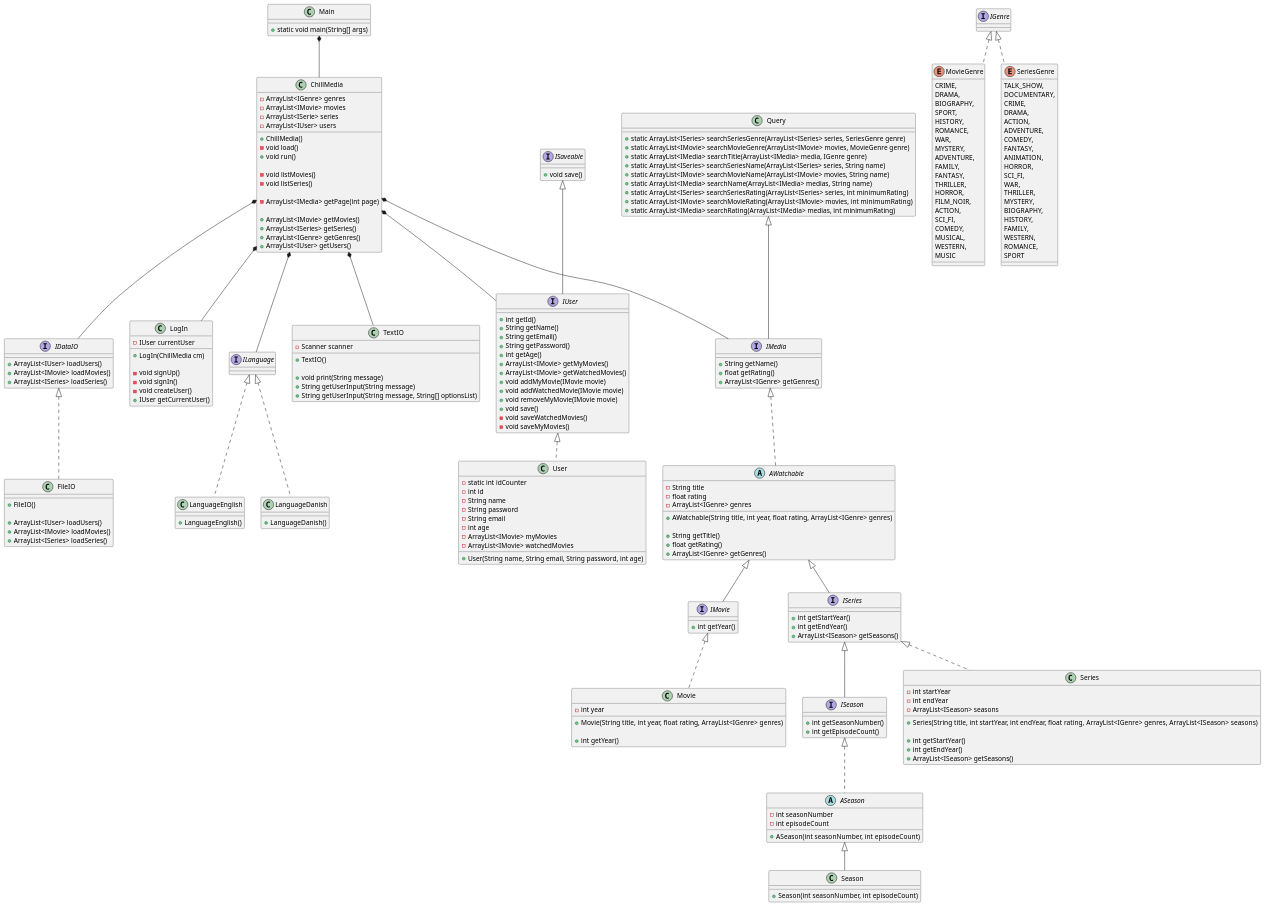
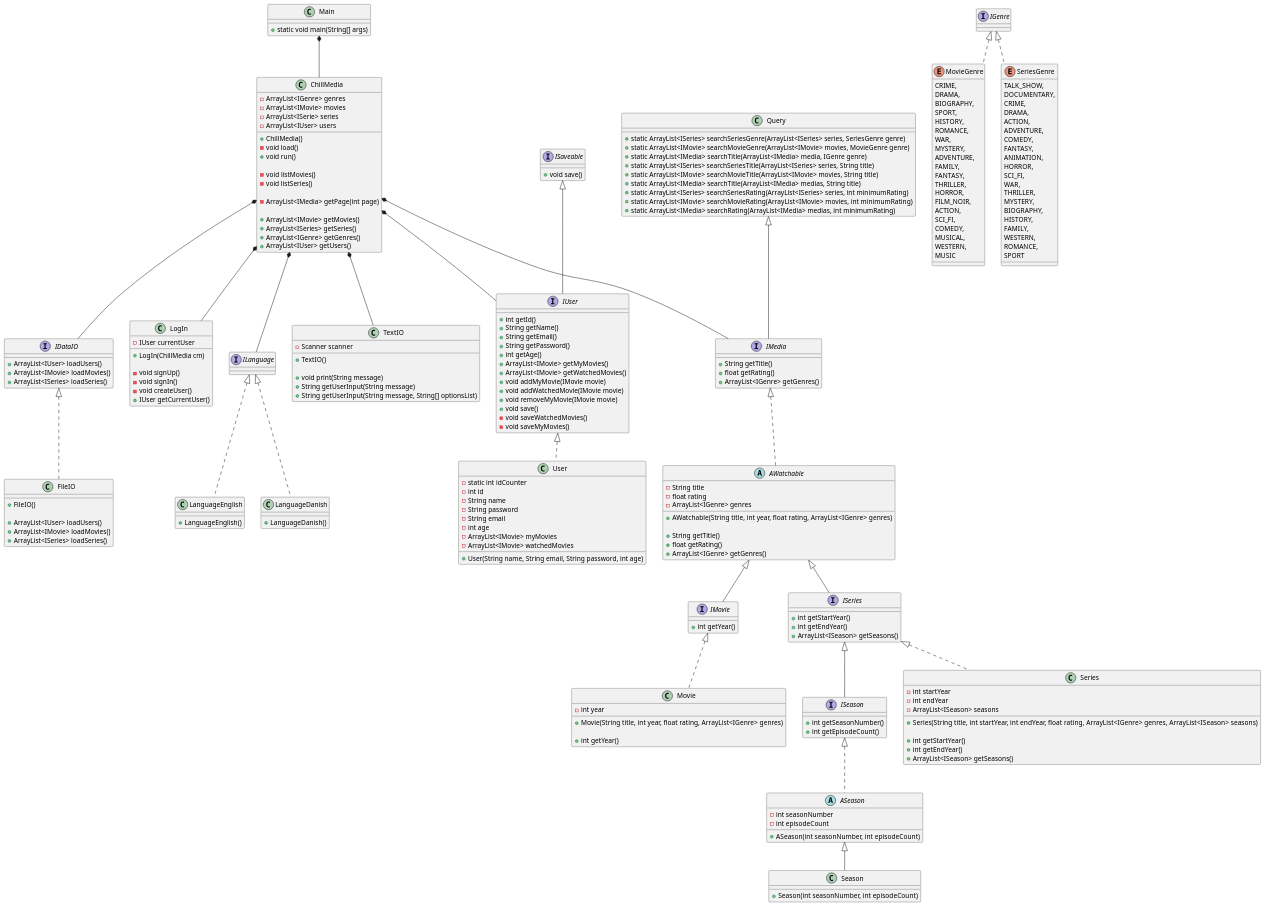
Before and after one commit to Peter537/Dat1-SP3: the diagram in Documentation/Streamingtjeneste.puml, drawn with PlantUML.

Commit message:
name -> title

```diff
--- a/Documentation/Streamingtjeneste.puml
+++ b/Documentation/Streamingtjeneste.puml
@@ -47,9 +47,9 @@
     + static ArrayList<ISeries> searchSeriesGenre(ArrayList<ISeries> series, SeriesGenre genre)
     + static ArrayList<IMovie> searchMovieGenre(ArrayList<IMovie> movies, MovieGenre genre)
     + static ArrayList<IMedia> searchTitle(ArrayList<IMedia> media, IGenre genre)
-    + static ArrayList<ISeries> searchSeriesName(ArrayList<ISeries> series, String name)
-    + static ArrayList<IMovie> searchMovieName(ArrayList<IMovie> movies, String name)
-    + static ArrayList<IMedia> searchName(ArrayList<IMedia> medias, String name)
+    + static ArrayList<ISeries> searchSeriesTitle(ArrayList<ISeries> series, String title)
+    + static ArrayList<IMovie> searchMovieTitle(ArrayList<IMovie> movies, String title)
+    + static ArrayList<IMedia> searchTitle(ArrayList<IMedia> medias, String title)
     + static ArrayList<ISeries> searchSeriesRating(ArrayList<ISeries> series, int minimumRating)
     + static ArrayList<IMovie> searchMovieRating(ArrayList<IMovie> movies, int minimumRating)
     + static ArrayList<IMedia> searchRating(ArrayList<IMedia> medias, int minimumRating)
@@ -147,7 +147,7 @@
 ' *****************
 
 interface IMedia extends Query {
-    + String getName()
+    + String getTitle()
     + float getRating()
     + ArrayList<IGenre> getGenres()
 }
```
